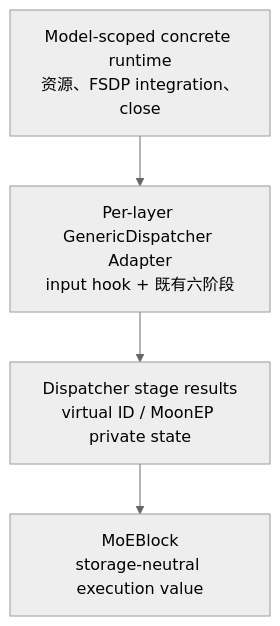
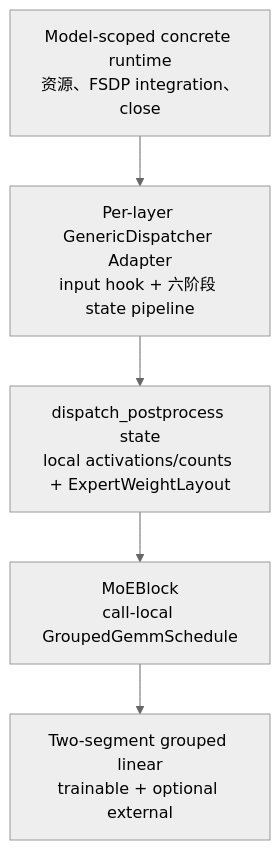
The first of 7 diagrams in xtuner_ep_extend.md (jayhenry/xtuner), drawn with Mermaid (neutral theme) before and after one commit. The commit also changed other lines of this file and 1 other file, not shown here.

Commit message:
docs: redesign dynamic EP grouped linear interface

````diff
--- a/xtuner_ep_extend.md
+++ b/xtuner_ep_extend.md
@@ -9,10 +9,12 @@
 ```mermaid
 flowchart TD
     A["Model-scoped concrete runtime<br/>资源、FSDP integration、close"]
-    B["Per-layer GenericDispatcher Adapter<br/>input hook + 既有六阶段"]
-    C["Dispatcher stage results<br/>virtual ID / MoonEP private state"]
-    D["MoEBlock<br/>storage-neutral execution value"]
+    B["Per-layer GenericDispatcher Adapter<br/>input hook + 六阶段 state pipeline"]
+    C["dispatch_postprocess state<br/>local activations/counts + ExpertWeightLayout"]
+    D["MoEBlock<br/>call-local GroupedGemmSchedule"]
+    E["Two-segment grouped linear<br/>trainable + optional external"]
 
     A --> B
     B --> C --> D
+    D --> E
 ```
````
